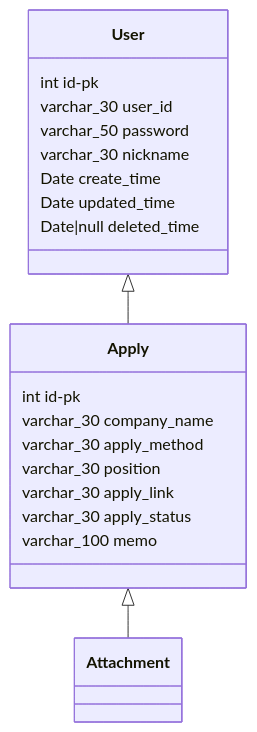
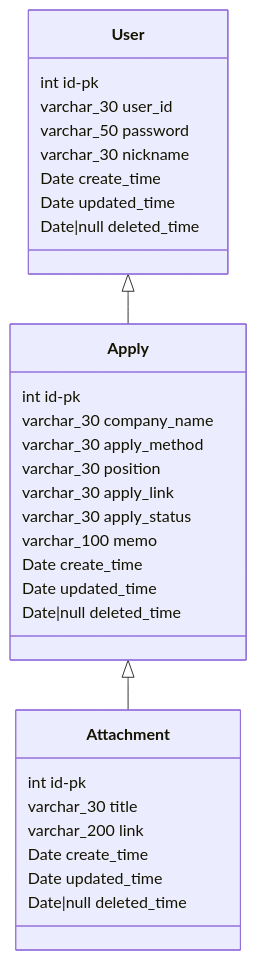
The diagram in Readme.md (maintainker/jenkins_test), drawn with Mermaid before and after one commit.

Commit message:
(feat) attachment table

````diff
--- a/Readme.md
+++ b/Readme.md
@@ -3,22 +3,32 @@
 ```mermaid
   classDiagram
     User <|-- Apply
     Apply <|-- Attachment
 
     User: int id-pk
     User: varchar_30 user_id
     User: varchar_50 password
     User: varchar_30 nickname
     User: Date create_time
     User: Date updated_time
     User: Date|null deleted_time
 
     Apply: int id-pk
     Apply: varchar_30 company_name
     Apply: varchar_30 apply_method
     Apply: varchar_30 position
     Apply: varchar_30 apply_link
     Apply: varchar_30 apply_status
     Apply: varchar_100 memo
+    Apply: Date create_time
+    Apply: Date updated_time
+    Apply: Date|null deleted_time
+
+    Attachment: int id-pk
+    Attachment: varchar_30 title
+    Attachment: varchar_200 link
+    Attachment: Date create_time
+    Attachment: Date updated_time
+    Attachment: Date|null deleted_time
 
 ```
````
